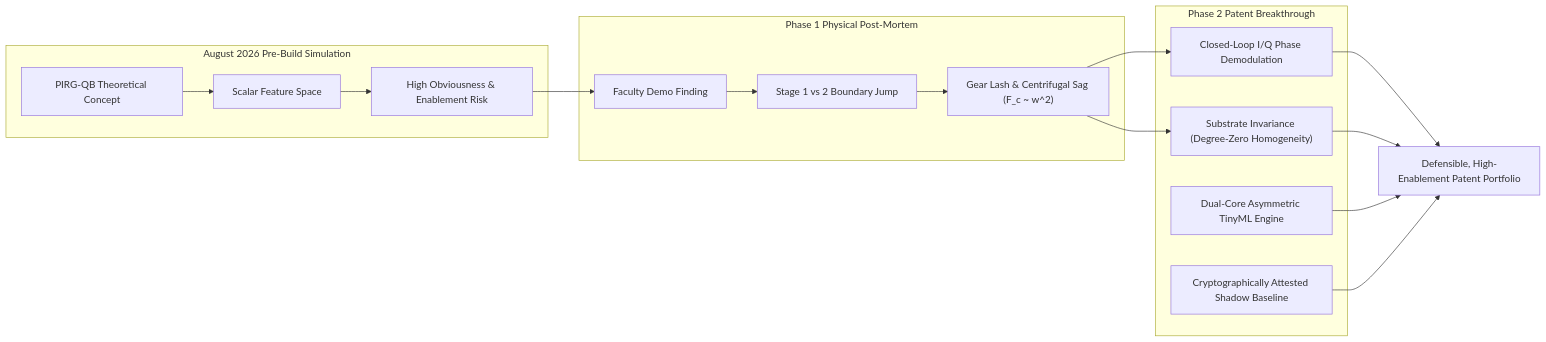
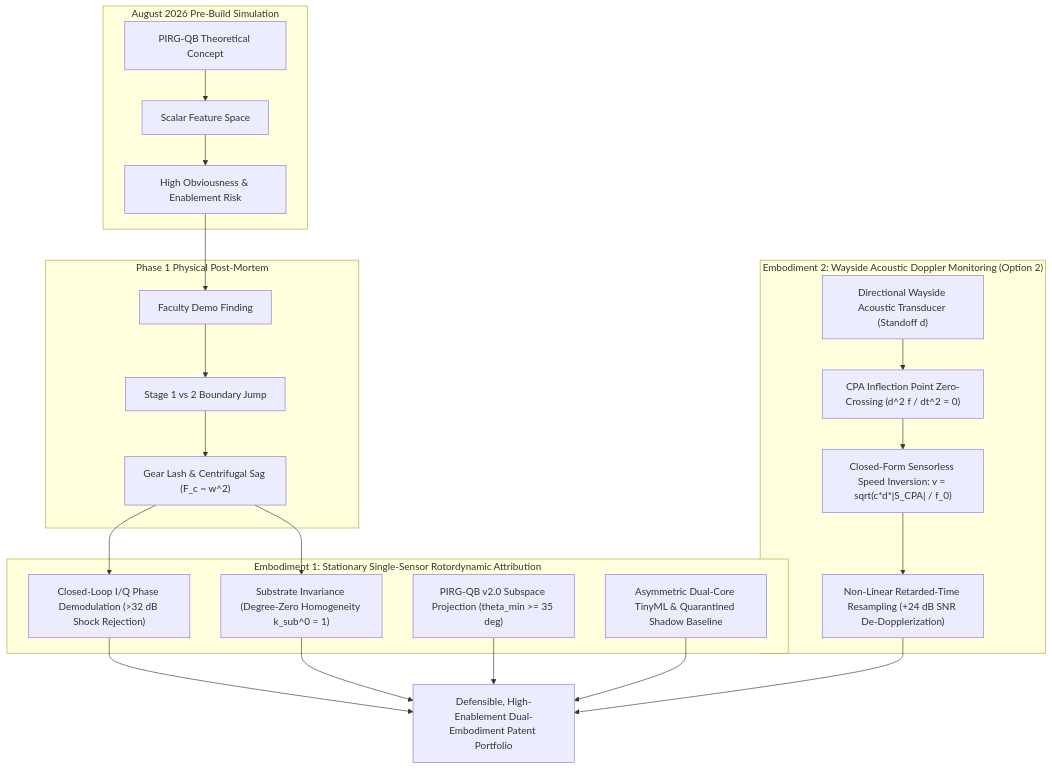
The first of 5 diagrams in 03_CONCEPT_PORTFOLIO/VibeGuard/04_PreBuild_Simulation/VIBEGUARD_PHASE2_PATENT_UPGRADATION_JOURNAL_2026.md (wolf-eye0/ORGANISED-MC-PROJECT-FOLDER), drawn with Mermaid before and after one commit. The commit also changed other lines of this file and 2 other files, not shown here.

````diff
--- a/03_CONCEPT_PORTFOLIO/VibeGuard/04_PreBuild_Simulation/VIBEGUARD_PHASE2_PATENT_UPGRADATION_JOURNAL_2026.md
+++ b/03_CONCEPT_PORTFOLIO/VibeGuard/04_PreBuild_Simulation/VIBEGUARD_PHASE2_PATENT_UPGRADATION_JOURNAL_2026.md
@@ -12,24 +12,31 @@
 ```mermaid
-graph LR
+graph TD
     subgraph Aug2026 ["August 2026 Pre-Build Simulation"]
         A1["PIRG-QB Theoretical Concept"] --> A2["Scalar Feature Space"]
         A2 --> A3["High Obviousness & Enablement Risk"]
     end
     subgraph Oct2026 ["Phase 1 Physical Post-Mortem"]
         B1["Faculty Demo Finding"] --> B2["Stage 1 vs 2 Boundary Jump"]
         B2 --> B3["Gear Lash & Centrifugal Sag (F_c ~ w^2)"]
     end
-    subgraph Nov2026 ["Phase 2 Patent Breakthrough"]
-        C1["Closed-Loop I/Q Phase Demodulation"]
-        C2["Substrate Invariance (Degree-Zero Homogeneity)"]
-        C3["Dual-Core Asymmetric TinyML Engine"]
-        C4["Cryptographically Attested Shadow Baseline"]
+    subgraph Nov2026_Embodiment1 ["Embodiment 1: Stationary Single-Sensor Rotordynamic Attribution"]
+        C1["Closed-Loop I/Q Phase Demodulation (>32 dB Shock Rejection)"]
+        C2["Substrate Invariance (Degree-Zero Homogeneity k_sub^0 = 1)"]
+        C3["PIRG-QB v2.0 Subspace Projection (theta_min >= 35 deg)"]
+        C4["Asymmetric Dual-Core TinyML & Quarantined Shadow Baseline"]
+    end
+    subgraph Nov2026_Embodiment2 ["Embodiment 2: Wayside Acoustic Doppler Monitoring (Option 2)"]
+        D1["Directional Wayside Acoustic Transducer (Standoff d)"]
+        D2["CPA Inflection Point Zero-Crossing (d^2 f / dt^2 = 0)"]
+        D3["Closed-Form Sensorless Speed Inversion: v = sqrt(c*d*|S_CPA| / f_0)"]
+        D4["Non-Linear Retarded-Time Resampling (+24 dB SNR De-Dopplerization)"]
     end
     A3 --> B1
     B3 --> C1
     B3 --> C2
-    C1 --> D["Defensible, High-Enablement Patent Portfolio"]
-    C2 --> D
-    C3 --> D
-    C4 --> D
+    C1 --> E["Defensible, High-Enablement Dual-Embodiment Patent Portfolio"]
+    C2 --> E
+    C3 --> E
+    C4 --> E
+    D1 --> D2 --> D3 --> D4 --> E
 ```
````
